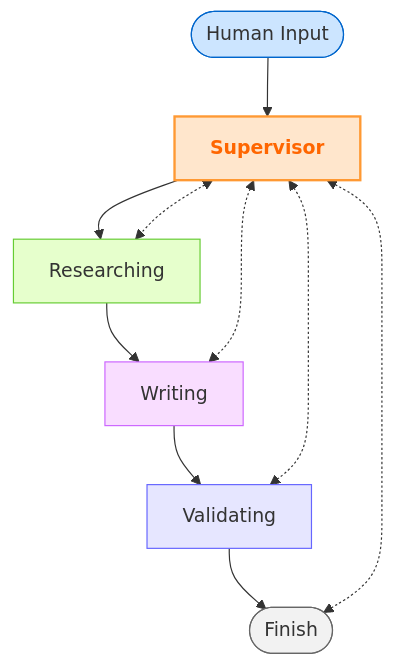
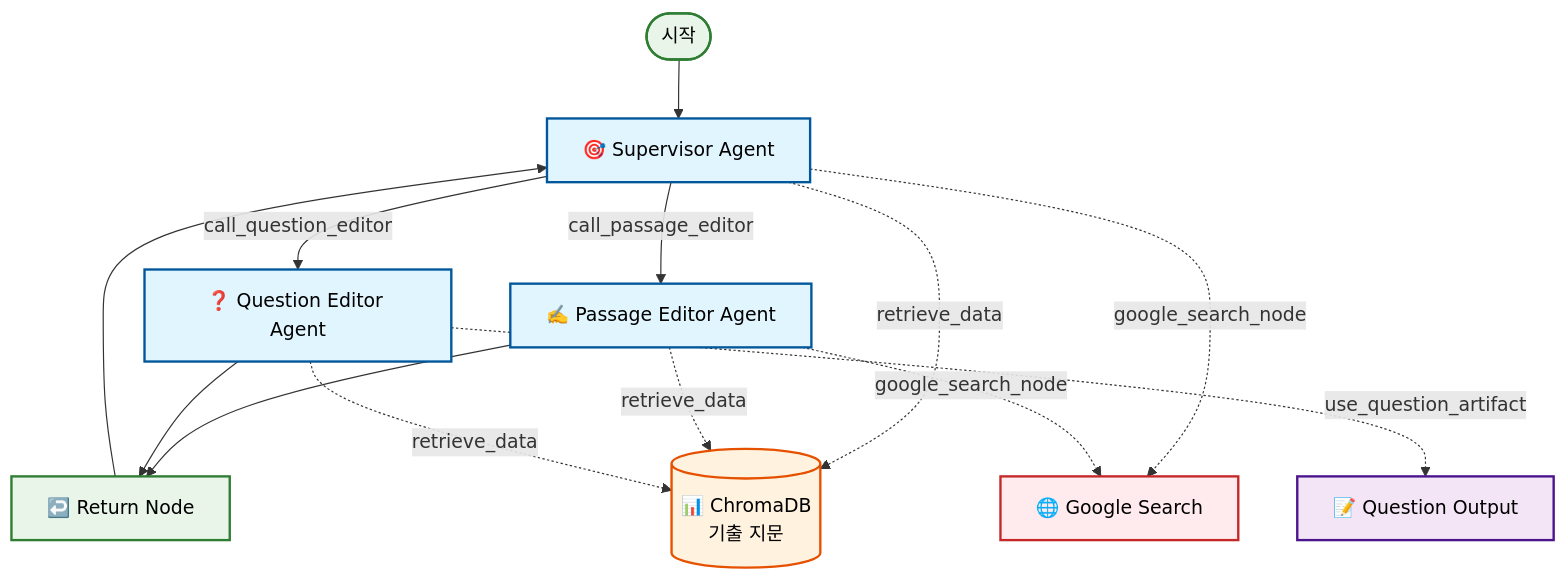
The third of 3 diagrams in README.md (wnsgml9807/KSAT_Korean_question_generator), drawn with Mermaid before and after one commit. The commit also changed other lines of this file and 1 other file, not shown here.

````diff
--- a/README.md
+++ b/README.md
@@ -83,32 +461,35 @@
 ```mermaid
-flowchart TD
-    %% Supervisor 중심 워크플로우 (단방향 흐름)
+graph TD
+    START([시작]) --> supervisor[🎯 Supervisor Agent]
     
-    S["Supervisor"]:::super
+    supervisor -->|call_passage_editor| passage_editor[✍️ Passage Editor Agent]
+    supervisor -->|call_question_editor| question_editor[❓ Question Editor Agent]
     
-    H(["Human Input"]):::user
-    R["Researching"]:::research
-    W["Writing"]:::edit
-    V["Validating"]:::valid
-    F(["Finish"]):::result
+    passage_editor --> return_node[↩️ Return Node]
+    question_editor --> return_node
     
-    H --> S
-    S --> R
-    R --> W
-    W --> V
-    V --> F
+    return_node --> supervisor
     
-    %% Supervisor 연결
-    S <-.-> R
-    S <-.-> W
-    S <-.-> V
-    S <-.-> F
+    %% 도구 연결
+    supervisor -.->|retrieve_data| db1[(📊 ChromaDB<br/>기출 지문)]
+    supervisor -.->|google_search_node| web[🌐 Google Search]
+    
+    passage_editor -.->|retrieve_data| db1
+    passage_editor -.->|google_search_node| web
+    
+    question_editor -.->|retrieve_data| db1
+    question_editor -.->|use_question_artifact| output[📝 Question Output]
     
     %% 스타일링
-    classDef user fill:#cce5ff,stroke:#0066cc,stroke-width:1px
-    classDef super fill:#ffe6cc,stroke:#ff9933,stroke-width:2px,color:#ff6600,font-weight:bold
-    classDef research fill:#e6ffcc,stroke:#66cc33,stroke-width:1px
-    classDef edit fill:#f9ddff,stroke:#cc66ff,stroke-width:1px
-    classDef valid fill:#e6e6ff,stroke:#6666ff,stroke-width:1px
-    classDef result fill:#f2f2f2,stroke:#666666,stroke-width:1px
+    classDef agent fill:#e1f5fe,stroke:#01579b,stroke-width:2px,color:#000
+    classDef node fill:#e8f5e8,stroke:#2e7d32,stroke-width:2px,color:#000
+    classDef db fill:#fff3e0,stroke:#e65100,stroke-width:2px,color:#000
+    classDef tool fill:#f3e5f5,stroke:#4a148c,stroke-width:2px,color:#000
+    classDef external fill:#ffebee,stroke:#c62828,stroke-width:2px,color:#000
+    
+    class supervisor,passage_editor,question_editor agent
+    class return_node node
+    class db1 db
+    class output tool
+    class web external
 ```
````
